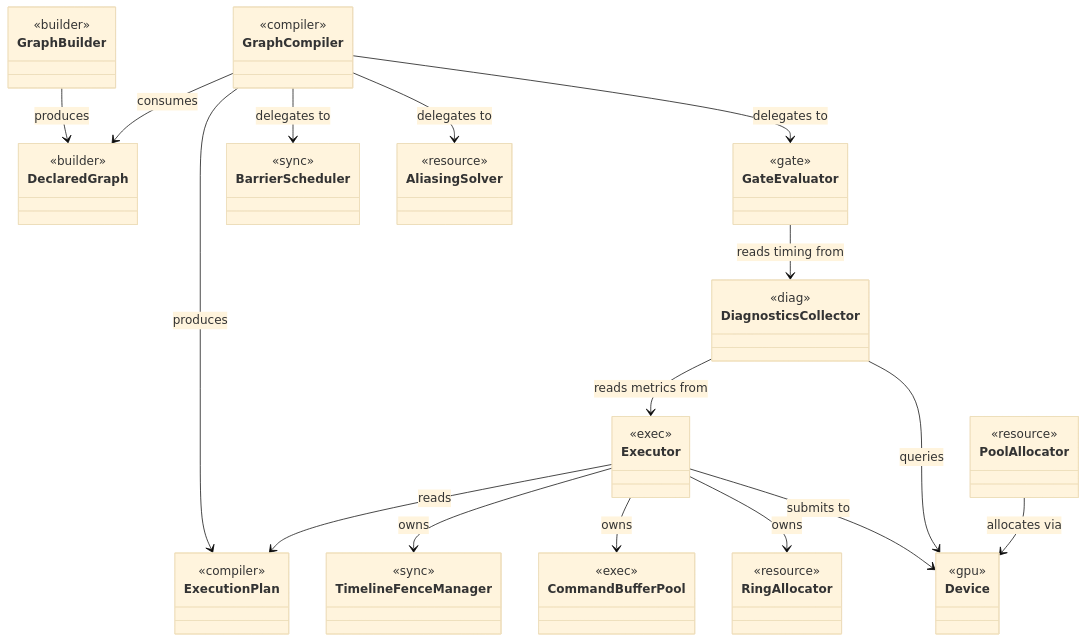
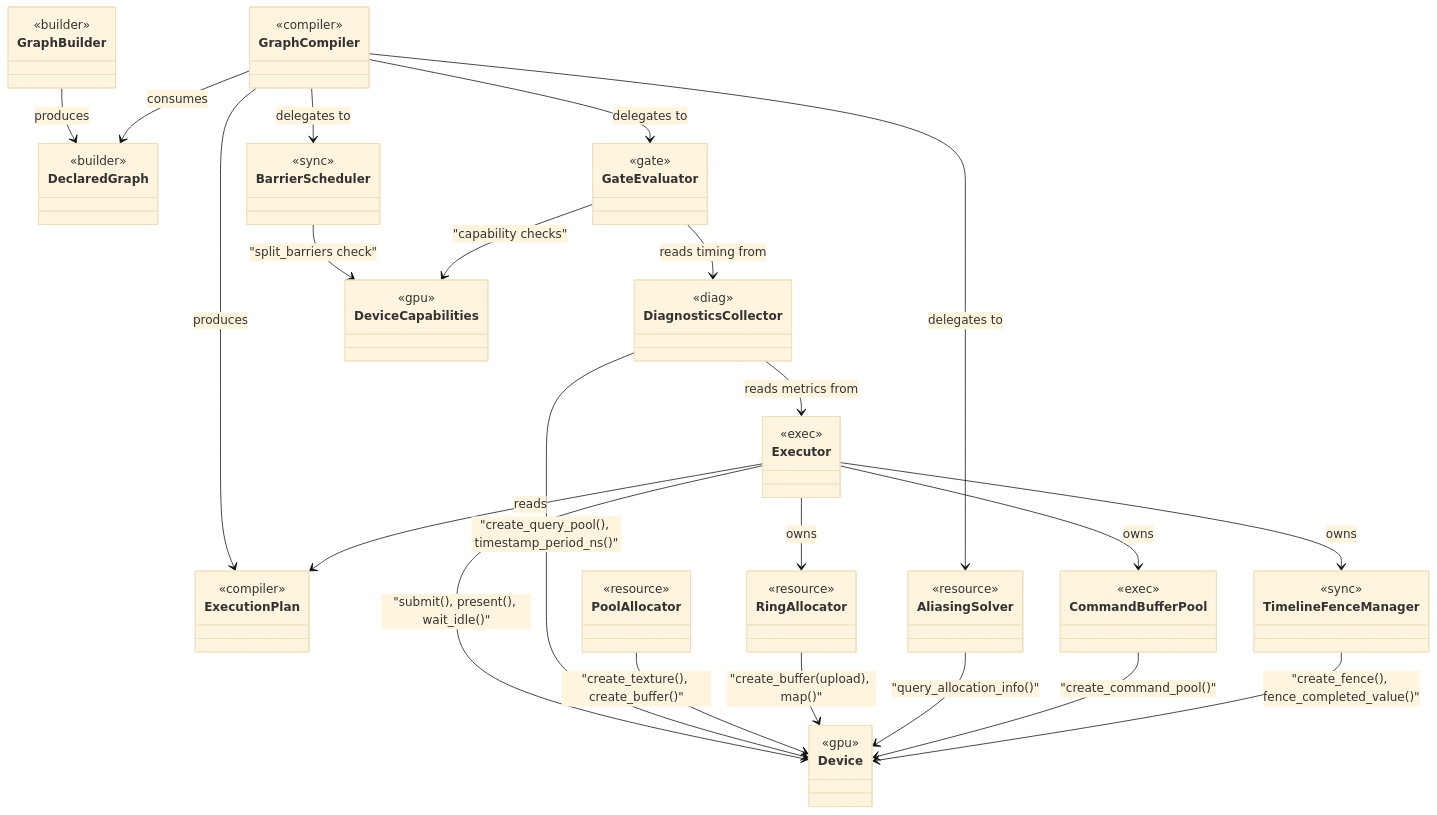
The tenth of 15 diagrams in docs/design/render-graph-classes.md (harmonius-dev/harmonius), drawn with Mermaid (base theme) before and after one commit. The commit also changed other lines of this file and 6 other files, not shown here.

First line of the commit message:
Expand GPU backend, render graph, and shader pipeline design docs

````diff
--- a/docs/design/render-graph-classes.md
+++ b/docs/design/render-graph-classes.md
@@ -621,61 +687,70 @@
 ```mermaid
 classDiagram
     class GraphBuilder {
         <<builder>>
     }
     class DeclaredGraph {
         <<builder>>
     }
     class GraphCompiler {
         <<compiler>>
     }
     class ExecutionPlan {
         <<compiler>>
     }
     class GateEvaluator {
         <<gate>>
     }
     class BarrierScheduler {
         <<sync>>
     }
     class AliasingSolver {
         <<resource>>
     }
     class Executor {
         <<exec>>
     }
     class TimelineFenceManager {
         <<sync>>
     }
     class CommandBufferPool {
         <<exec>>
     }
     class RingAllocator {
         <<resource>>
     }
     class PoolAllocator {
         <<resource>>
     }
     class DiagnosticsCollector {
         <<diag>>
     }
     class Device {
         <<gpu>>
     }
+    class DeviceCapabilities {
+        <<gpu>>
+    }
 
     GraphBuilder --> DeclaredGraph : produces
     GraphCompiler --> DeclaredGraph : consumes
     GraphCompiler --> GateEvaluator : delegates to
     GraphCompiler --> BarrierScheduler : delegates to
     GraphCompiler --> AliasingSolver : delegates to
     GraphCompiler --> ExecutionPlan : produces
     Executor --> ExecutionPlan : reads
     Executor --> TimelineFenceManager : owns
     Executor --> CommandBufferPool : owns
     Executor --> RingAllocator : owns
-    Executor --> Device : submits to
+    Executor --> Device : "submit(), present(), wait_idle()"
     DiagnosticsCollector --> Executor : reads metrics from
-    DiagnosticsCollector --> Device : queries
-    PoolAllocator --> Device : allocates via
+    DiagnosticsCollector --> Device : "create_query_pool(), timestamp_period_ns()"
+    PoolAllocator --> Device : "create_texture(), create_buffer()"
+    RingAllocator --> Device : "create_buffer(upload), map()"
+    AliasingSolver --> Device : "query_allocation_info()"
+    BarrierScheduler --> DeviceCapabilities : "split_barriers check"
     GateEvaluator --> DiagnosticsCollector : reads timing from
+    GateEvaluator --> DeviceCapabilities : "capability checks"
+    CommandBufferPool --> Device : "create_command_pool()"
+    TimelineFenceManager --> Device : "create_fence(), fence_completed_value()"
 ```
````
